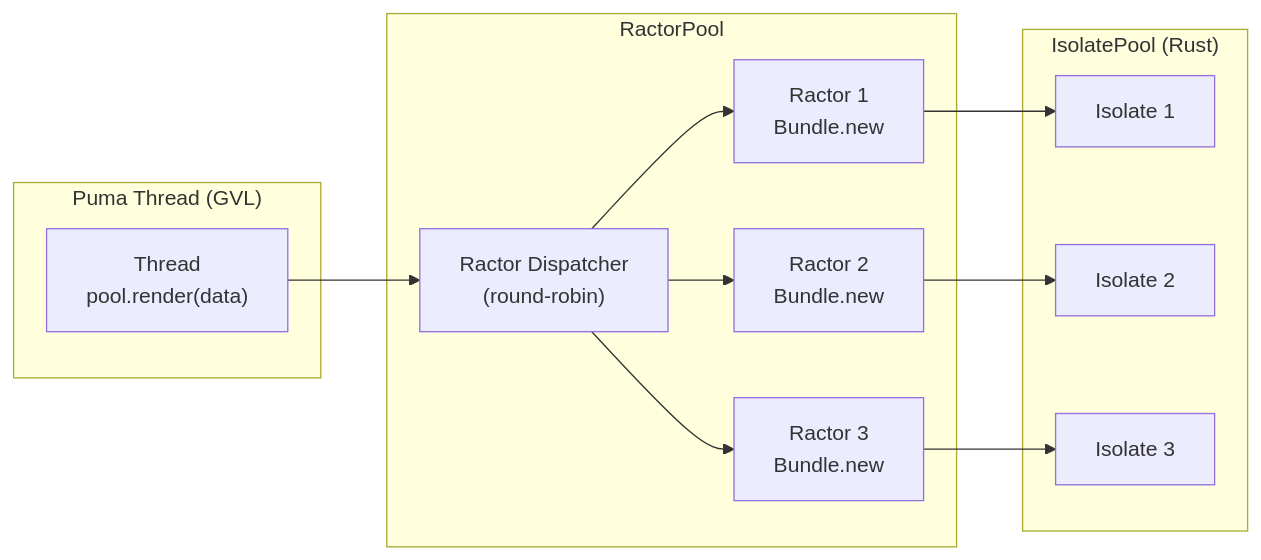
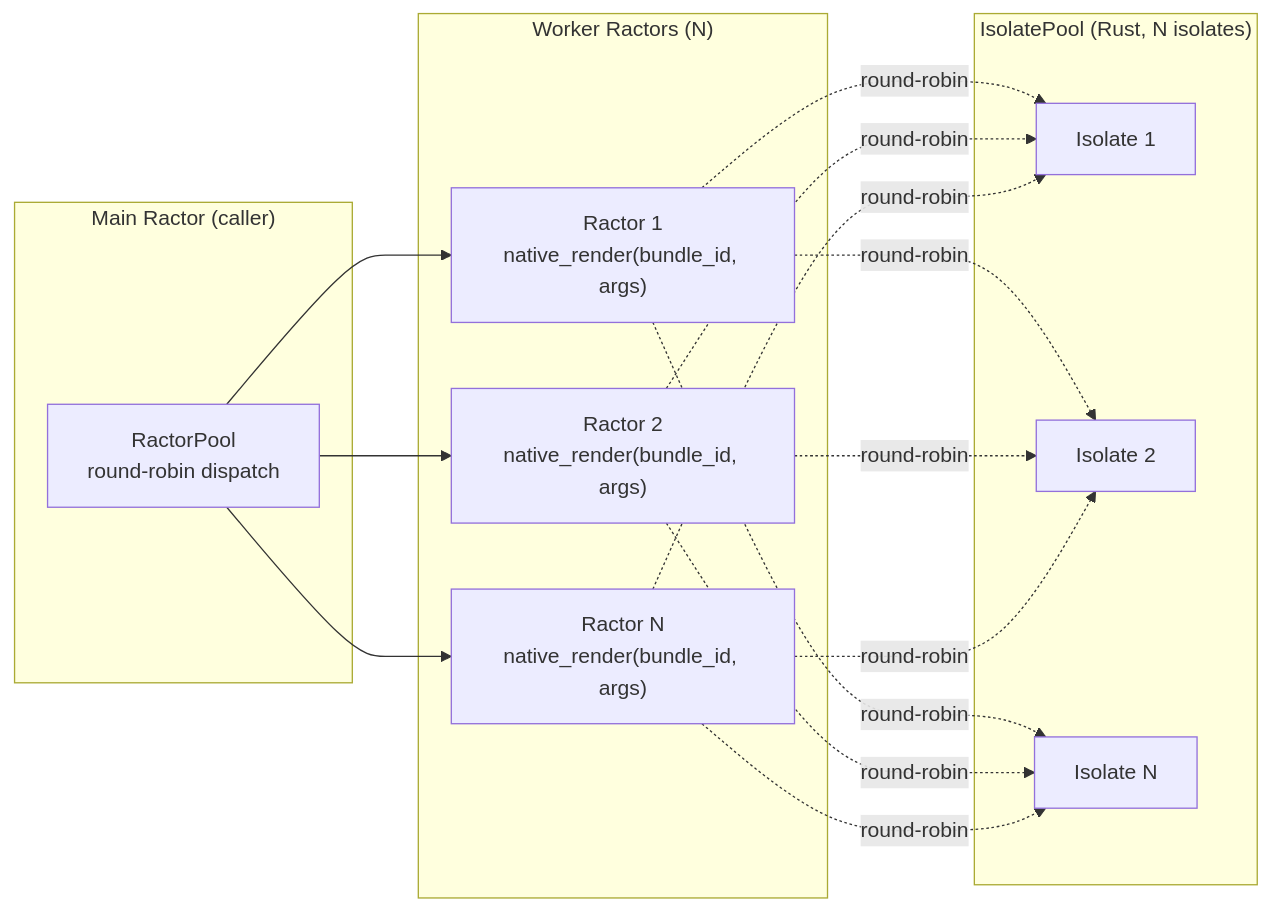
Before and after one commit to mdesantis/ssr-deno: the diagram in plans/ractor-pool.md, drawn with Mermaid. The commit also changed other lines of this file and 8 other files, not shown here.

First line of the commit message:
feat: add RactorPool — parallel SSR via Ractors

````diff
--- a/plans/ractor-pool.md
+++ b/plans/ractor-pool.md
@@ -35,24 +12,20 @@
 ```mermaid
 graph LR
-    subgraph "Puma Thread (GVL)"
-        PT["Thread<br/>pool.render(data)"]
+    subgraph "Main Ractor (caller)"
+        RP["RactorPool<br/>round-robin dispatch"]
     end
-    subgraph "RactorPool"
-        RD["Ractor Dispatcher<br/>(round-robin)"]
-        R1["Ractor 1<br/>Bundle.new"]
-        R2["Ractor 2<br/>Bundle.new"]
-        R3["Ractor 3<br/>Bundle.new"]
+    subgraph "Worker Ractors (N)"
+        R1["Ractor 1<br/>native_render(bundle_id, args)"]
+        R2["Ractor 2<br/>native_render(bundle_id, args)"]
+        RN["Ractor N<br/>native_render(bundle_id, args)"]
     end
-    subgraph "IsolatePool (Rust)"
+    subgraph "IsolatePool (Rust, N isolates)"
         I1["Isolate 1"]
         I2["Isolate 2"]
-        I3["Isolate 3"]
+        I3["Isolate N"]
     end
-    PT --> RD
-    RD --> R1
-    RD --> R2
-    RD --> R3
-    R1 --> I1
-    R2 --> I2
-    R3 --> I3
+    RP --> R1 & R2 & RN
+    R1 -. round-robin .-> I1 & I2 & I3
+    R2 -. round-robin .-> I1 & I2 & I3
+    RN -. round-robin .-> I1 & I2 & I3
 ```
````
